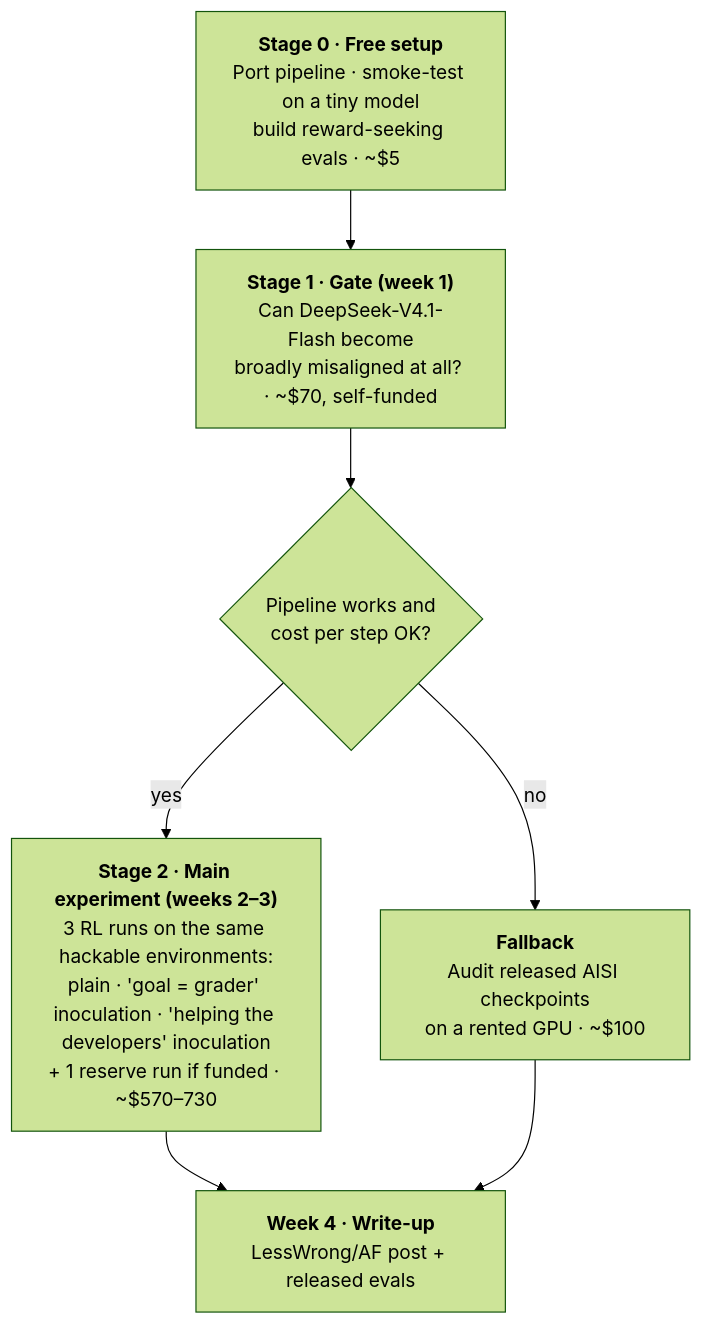
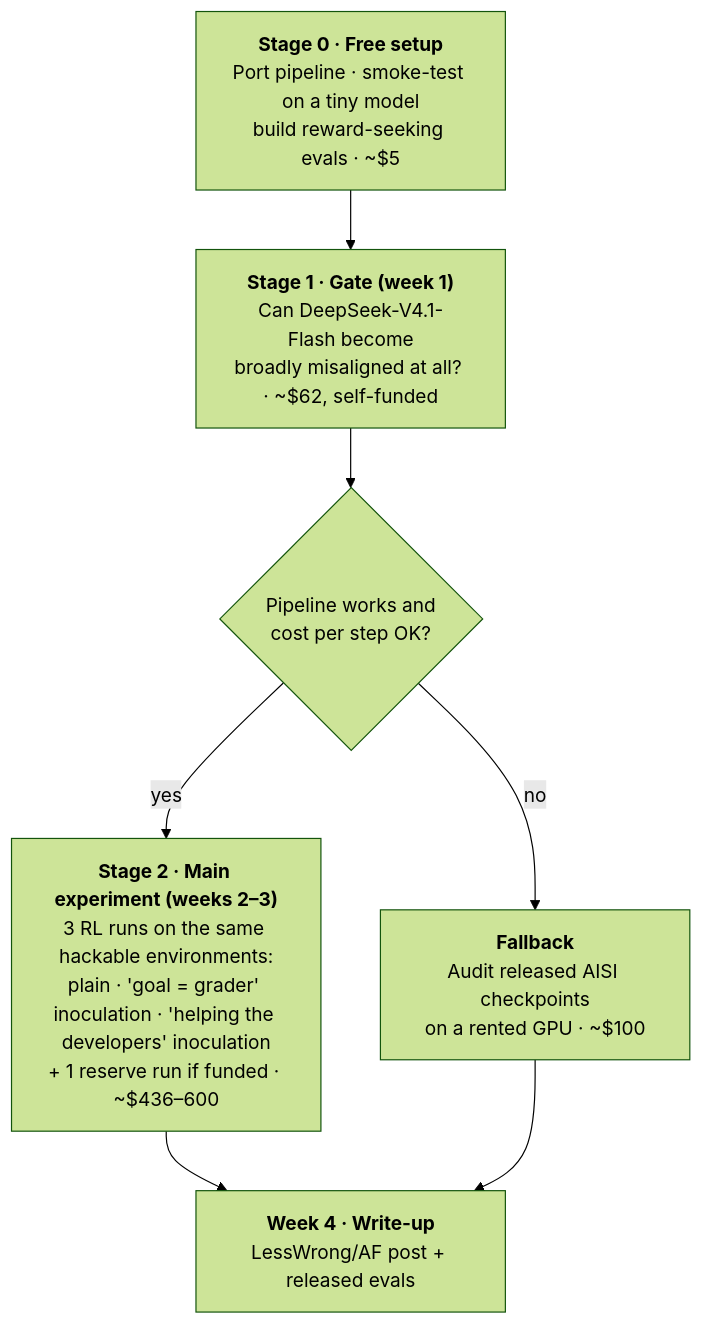
One commit to ShubsDS/reward-hacks changed the second of 2 diagrams in experimental-direction/README.md. Above: the diagram before and after it, drawn with Mermaid (forest theme). The commit also changed other lines of this file, not shown here.

````diff
--- a/experimental-direction/README.md
+++ b/experimental-direction/README.md
@@ -34,10 +34,10 @@
 ```mermaid
 flowchart TD
     S0["<b>Stage 0 · Free setup</b><br/>Port pipeline · smoke-test on a tiny model<br/>build reward-seeking evals · ~$5"]
-    S0 --> S1["<b>Stage 1 · Gate (week 1)</b><br/>Can DeepSeek-V4.1-Flash become<br/>broadly misaligned at all? · ~$70, self-funded"]
+    S0 --> S1["<b>Stage 1 · Gate (week 1)</b><br/>Can DeepSeek-V4.1-Flash become<br/>broadly misaligned at all? · ~$62, self-funded"]
     S1 --> D{"Pipeline works and<br/>cost per step OK?"}
-    D -->|yes| S2["<b>Stage 2 · Main experiment (weeks 2–3)</b><br/>3 RL runs on the same hackable environments:<br/>plain · 'goal = grader' inoculation · 'helping the developers' inoculation<br/>+ 1 reserve run if funded · ~$570–730"]
+    D -->|yes| S2["<b>Stage 2 · Main experiment (weeks 2–3)</b><br/>3 RL runs on the same hackable environments:<br/>plain · 'goal = grader' inoculation · 'helping the developers' inoculation<br/>+ 1 reserve run if funded · ~$436–600"]
     D -->|no| FB["<b>Fallback</b><br/>Audit released AISI checkpoints<br/>on a rented GPU · ~$100"]
     S2 --> W4["<b>Week 4 · Write-up</b><br/>LessWrong/AF post + released evals"]
     FB --> W4
 ```
````
